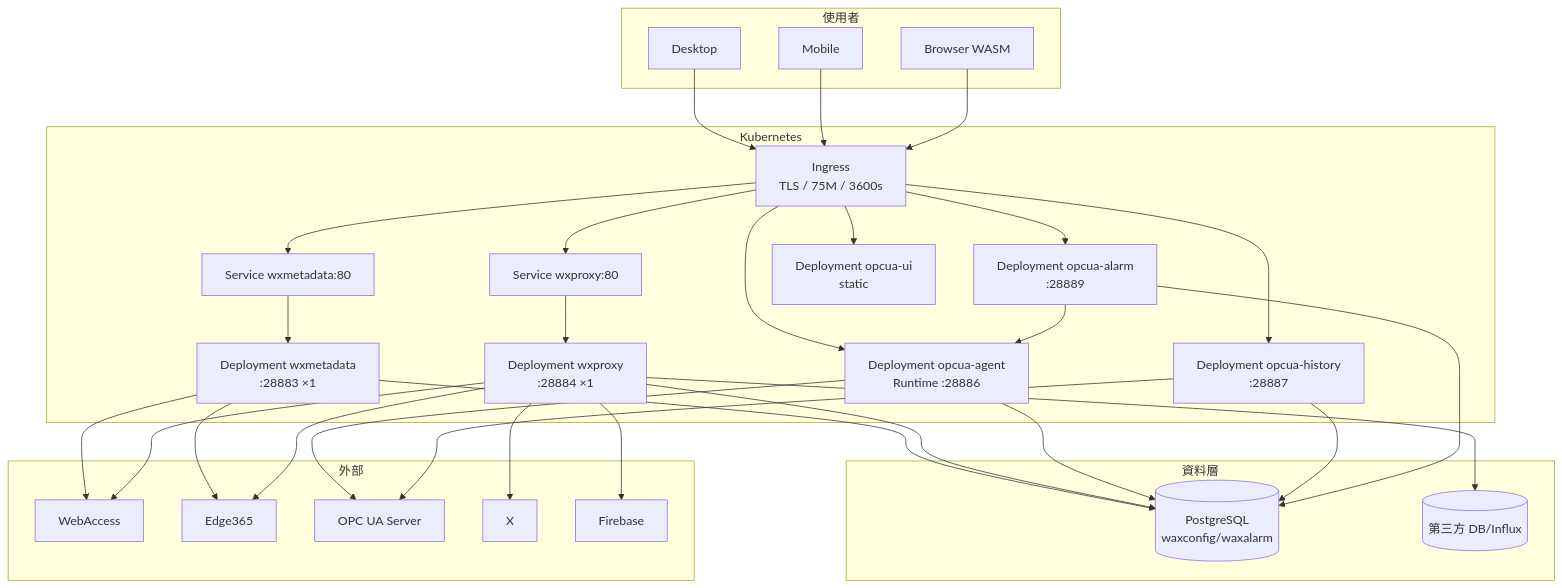
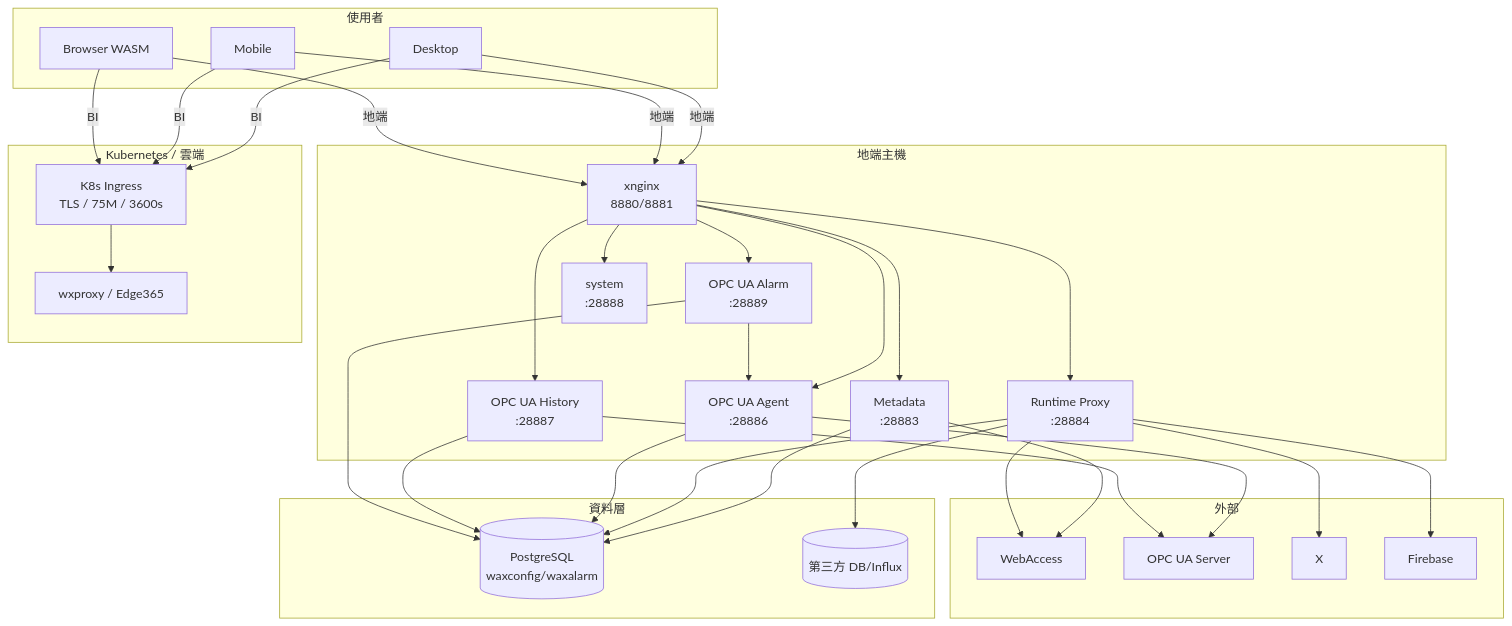
Before and after one commit to PochengChen-del/EdgeViewDoc: the first of 2 diagrams in SDS/10_Deployment_and_Operations.md, drawn with Mermaid. The commit also changed other lines of this file and 19 other files, not shown here.

Commit message:
完成 SDS 架構調整，將「地端 xnginx」與「EdgeHub/BI K8s Ingress」明確分流

````diff
--- a/SDS/10_Deployment_and_Operations.md
+++ b/SDS/10_Deployment_and_Operations.md
@@ -19,54 +20,57 @@
 ```mermaid
 flowchart TB
     subgraph Client["使用者"]
         D[Desktop]
         M[Mobile]
         W[Browser WASM]
     end
-    subgraph K8s["Kubernetes"]
-        ING[Ingress<br/>TLS / 75M / 3600s]
-        MS[Service wxmetadata:80]
-        PS[Service wxproxy:80]
-        MD[Deployment wxmetadata<br/>:28883 ×1]
-        PD[Deployment wxproxy<br/>:28884 ×1]
-        AD[Deployment opcua-agent<br/>Runtime :28886]
-        HD[Deployment opcua-history<br/>:28887]
-        LD[Deployment opcua-alarm<br/>:28889]
-        UD[Deployment opcua-ui<br/>static]
+    subgraph Local["地端主機"]
+        NG[xnginx<br/>8880/8881]
+        MD[Metadata<br/>:28883]
+        PD[Runtime Proxy<br/>:28884]
+        AD[OPC UA Agent<br/>:28886]
+        HD[OPC UA History<br/>:28887]
+        LD[OPC UA Alarm<br/>:28889]
+        SYS[system<br/>:28888]
+    end
+    subgraph K8s["Kubernetes / 雲端"]
+        ING[K8s Ingress<br/>TLS / 75M / 3600s]
+        EH[wxproxy / Edge365]
     end
     subgraph Data["資料層"]
         PG[(PostgreSQL<br/>waxconfig/waxalarm)]
         EXT[(第三方 DB/Influx)]
     end
     subgraph Ext["外部"]
         WA[WebAccess]
-        EH[Edge365]
         OPC[OPC UA Server]
         X[X]
         FCM[Firebase]
     end
-    D --> ING
-    M --> ING
-    W --> ING
-    ING --> MS --> MD
-    ING --> PS --> PD
-    ING --> AD
-    ING --> HD
-    ING --> LD
-    ING --> UD
+    D -->|地端| NG
+    M -->|地端| NG
+    W -->|地端| NG
+    D -->|BI| ING
+    M -->|BI| ING
+    W -->|BI| ING
+    ING --> EH
+    NG --> MD
+    NG --> PD
+    NG --> AD
+    NG --> HD
+    NG --> LD
+    NG --> SYS
     MD --> PG
     PD --> PG
     AD --> PG
     HD --> PG
     LD --> PG
     PD --> EXT
     MD --> WA
-    MD --> EH
     PD --> WA
-    PD --> EH
     PD --> X
     PD --> FCM
     AD --> OPC
     HD --> OPC
     LD --> AD
 ```
````
